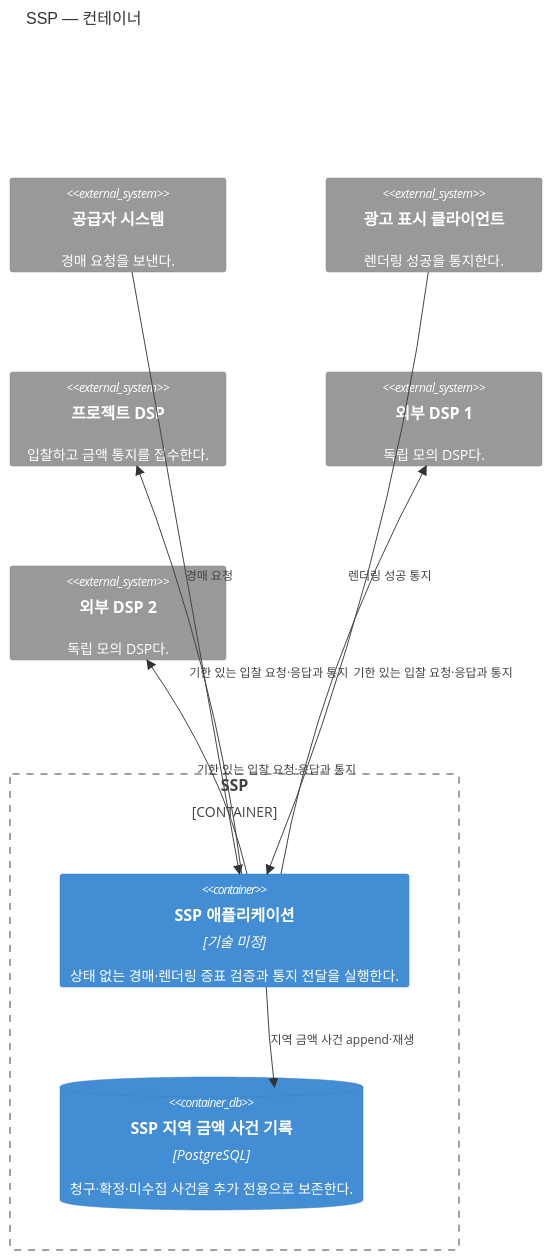
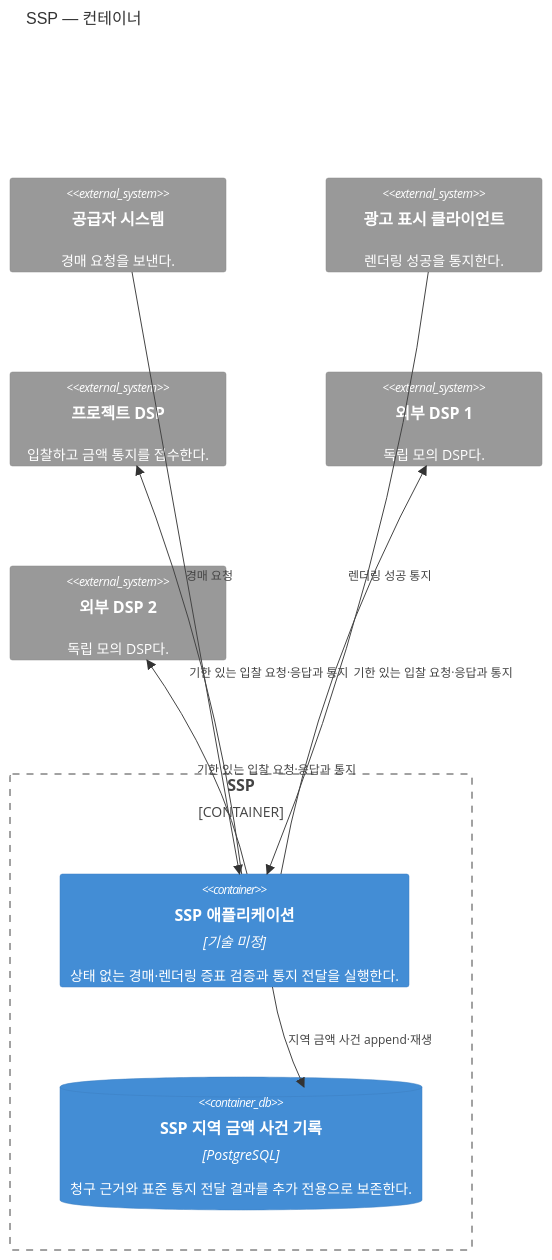
One commit to bbororo5/low-latency-openrtb-auction changed the diagram in docs/architecture/views/ssp-containers.md. Above: the diagram before and after it, drawn with Mermaid. The commit also changed other lines of this file and 19 other files, not shown here.

````diff
--- a/docs/architecture/views/ssp-containers.md
+++ b/docs/architecture/views/ssp-containers.md
@@ -7,24 +7,24 @@
 ```mermaid
 C4Container
     title SSP — 컨테이너
 
     System_Ext(supplier, "공급자 시스템", "경매 요청을 보낸다.")
     System_Ext(ad_client, "광고 표시 클라이언트", "렌더링 성공을 통지한다.")
     System_Ext(project_dsp, "프로젝트 DSP", "입찰하고 금액 통지를 접수한다.")
     System_Ext(external_dsp_1, "외부 DSP 1", "독립 모의 DSP다.")
     System_Ext(external_dsp_2, "외부 DSP 2", "독립 모의 DSP다.")
 
     Container_Boundary(ssp, "SSP") {
         Container(ssp_application, "SSP 애플리케이션", "기술 미정", "상태 없는 경매·렌더링 증표 검증과 통지 전달을 실행한다.")
-        ContainerDb(ssp_store, "SSP 지역 금액 사건 기록", "PostgreSQL", "청구·확정·미수집 사건을 추가 전용으로 보존한다.")
+        ContainerDb(ssp_store, "SSP 지역 금액 사건 기록", "PostgreSQL", "청구 근거와 표준 통지 전달 결과를 추가 전용으로 보존한다.")
     }
 
     Rel(supplier, ssp_application, "경매 요청")
     Rel(ad_client, ssp_application, "렌더링 성공 통지")
     Rel(ssp_application, project_dsp, "기한 있는 입찰 요청·응답과 통지")
     Rel(ssp_application, external_dsp_1, "기한 있는 입찰 요청·응답과 통지")
     Rel(ssp_application, external_dsp_2, "기한 있는 입찰 요청·응답과 통지")
     Rel(ssp_application, ssp_store, "지역 금액 사건 append·재생")
 
     UpdateLayoutConfig($c4ShapeInRow="3", $c4BoundaryInRow="1")
 ```
````
